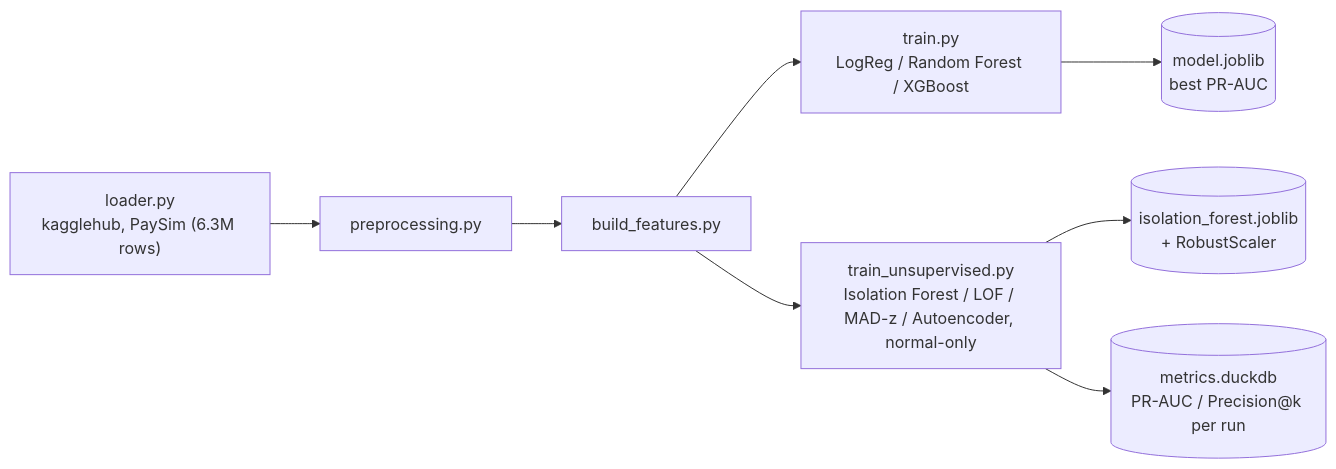
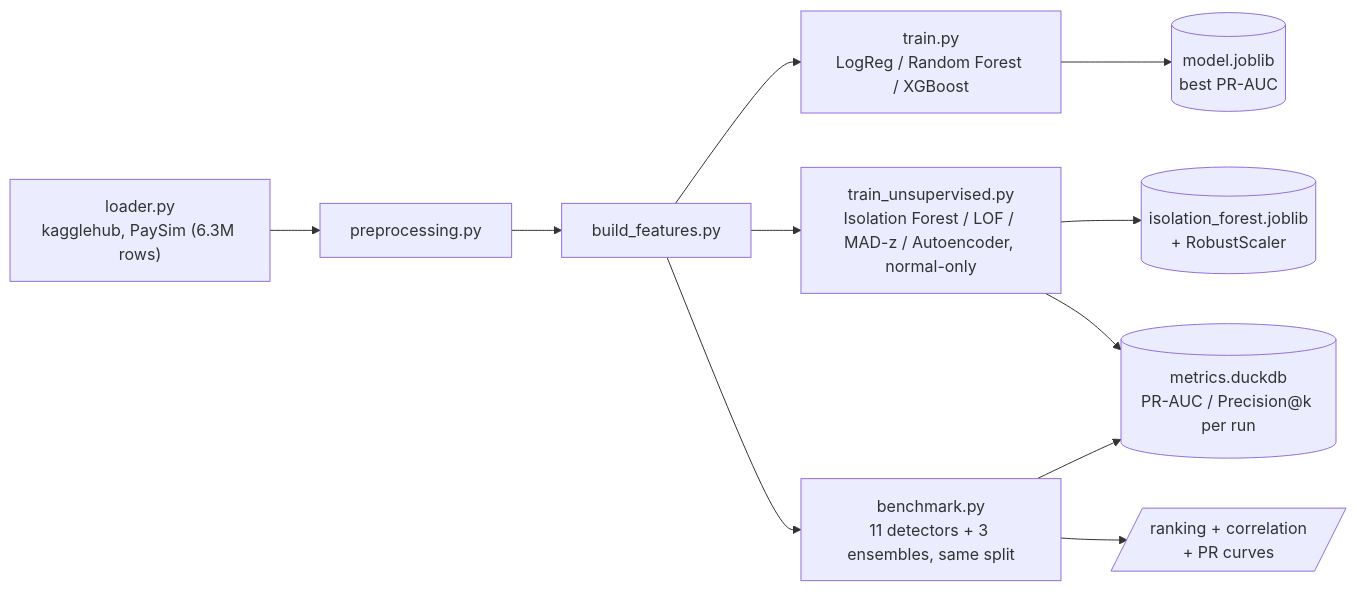
Before and after one commit to Rxyxs/Proyectos_ML_anomalias: the diagram in README.md, drawn with Mermaid. The commit also changed other lines of this file and 14 other files, not shown here.

````diff
--- a/README.md
+++ b/README.md
@@ -27,10 +30,13 @@
 ```mermaid
 flowchart LR
     A["loader.py<br/>kagglehub, PaySim (6.3M rows)"] --> B[preprocessing.py]
     B --> C[build_features.py]
     C --> D["train.py<br/>LogReg / Random Forest / XGBoost"]
     D --> E[(model.joblib<br/>best PR-AUC)]
     C --> F["train_unsupervised.py<br/>Isolation Forest / LOF / MAD-z / Autoencoder, normal-only"]
     F --> G[(isolation_forest.joblib<br/>+ RobustScaler)]
     F --> H[(metrics.duckdb<br/>PR-AUC / Precision@k per run)]
+    C --> I["benchmark.py<br/>11 detectors + 3 ensembles, same split"]
+    I --> H
+    I --> J[/"ranking + correlation<br/>+ PR curves"/]
 ```
````
